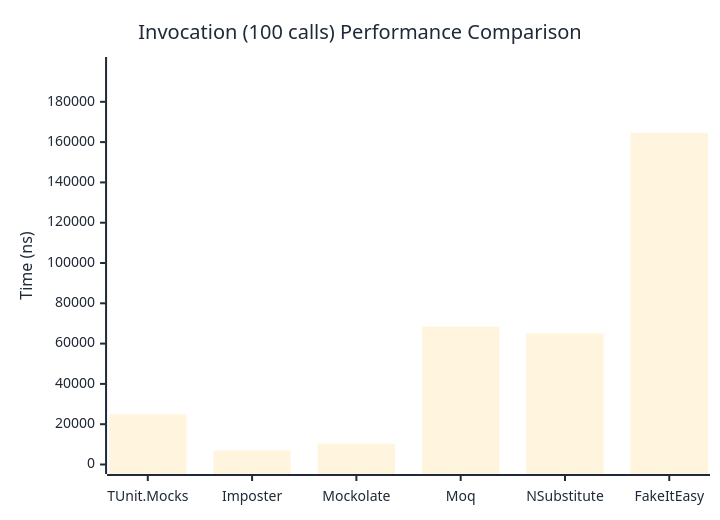
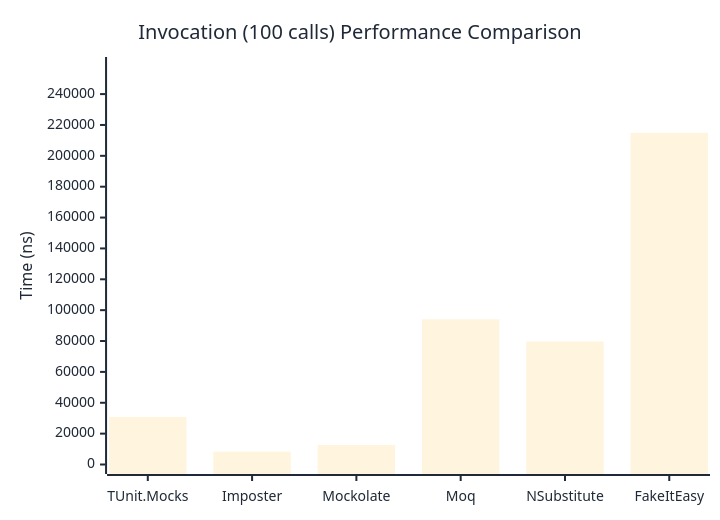
The third of 3 diagrams in docs/docs/benchmarks/mocks/Invocation.md (thomhurst/TUnit), drawn with Mermaid before and after one commit. The commit also changed other lines of this file and 14 other files, not shown here.

````diff
--- a/docs/docs/benchmarks/mocks/Invocation.md
+++ b/docs/docs/benchmarks/mocks/Invocation.md
@@ -112,27 +112,27 @@
 ```mermaid
 %%{init: {
   'theme':'base',
   'themeVariables': {
     'primaryColor': '#2563eb',
     'primaryTextColor': '#1f2937',
     'primaryBorderColor': '#1e40af',
     'lineColor': '#6b7280',
     'secondaryColor': '#7c3aed',
     'tertiaryColor': '#dc2626',
     'background': '#ffffff',
     'pie1': '#2563eb',
     'pie2': '#7c3aed',
     'pie3': '#dc2626',
     'pie4': '#f59e0b',
     'pie5': '#10b981',
     'pie6': '#06b6d4',
     'pie7': '#ec4899',
     'pie8': '#6366f1'
   }
 }}%%
 xychart-beta
   title "Invocation (100 calls) Performance Comparison"
   x-axis ["TUnit.Mocks", "Imposter", "Mockolate", "Moq", "NSubstitute", "FakeItEasy"]
-  y-axis "Time (ns)" 0 --> 197526
-  bar [24935.19, 6970.4, 10356.81, 68383.75, 65068.4, 164604.71]
+  y-axis "Time (ns)" 0 --> 257877
+  bar [30799.31, 8293.29, 12660.12, 94085.25, 79687.79, 214896.9]
 ```
````
